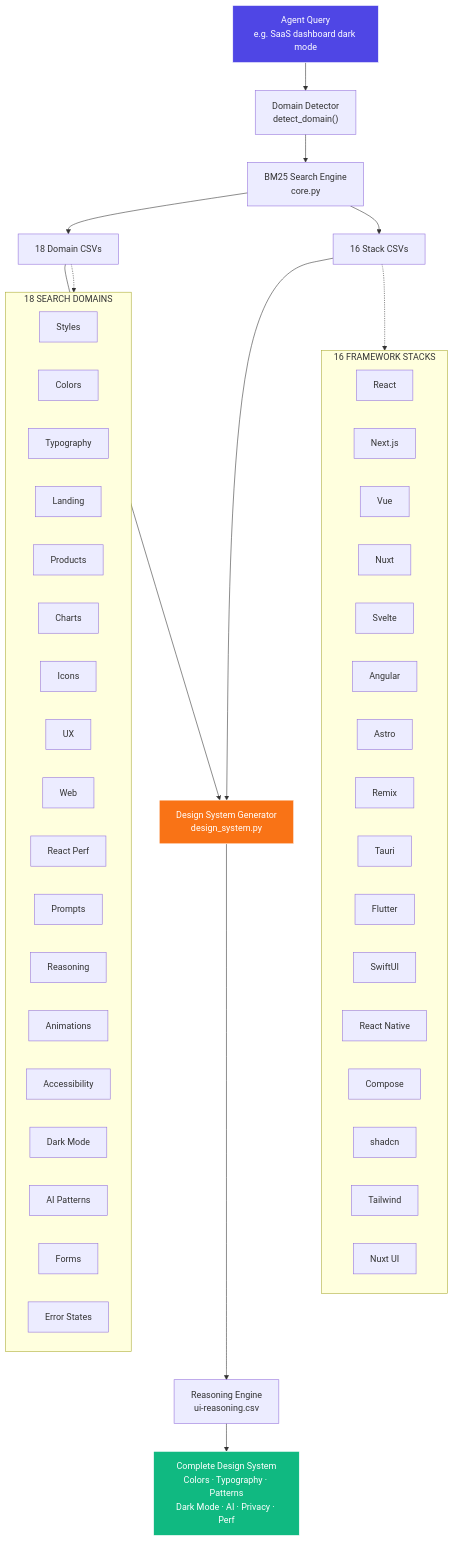
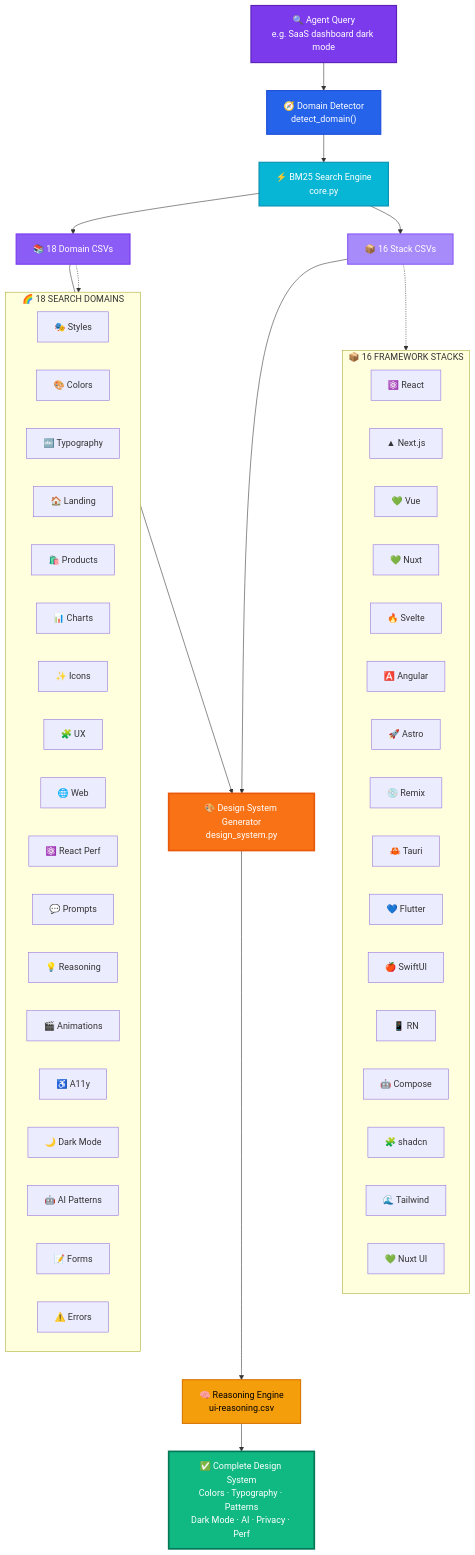
Before and after one commit to Ab-aswini/Agent-kit-P1: the third of 7 diagrams in README.md, drawn with Mermaid. The commit also changed other lines of this file, not shown here.

Commit message:
docs: candy-style README with vibrant Mermaid diagrams, UI&UX branding, enhanced install section

````diff
--- a/README.md
+++ b/README.md
@@ -190,66 +227,71 @@
 ```mermaid
 %%{init: {'theme': 'default'}}%%
 
 flowchart TD
-  Q["Agent Query<br/>e.g. SaaS dashboard dark mode"] --> DD["Domain Detector<br/>detect_domain()"]
+  Q["🔍 Agent Query<br/>e.g. SaaS dashboard dark mode"] --> DD["🧭 Domain Detector<br/>detect_domain()"]
 
-  DD --> BM["BM25 Search Engine<br/>core.py"]
+  DD --> BM["⚡ BM25 Search Engine<br/>core.py"]
 
-  BM --> D1["18 Domain CSVs"]
-  BM --> D2["16 Stack CSVs"]
+  BM --> D1["📚 18 Domain CSVs"]
+  BM --> D2["📦 16 Stack CSVs"]
 
-  D1 --> DSG["Design System Generator<br/>design_system.py"]
+  D1 --> DSG["🎨 Design System Generator<br/>design_system.py"]
   D2 --> DSG
 
-  DSG --> R["Reasoning Engine<br/>ui-reasoning.csv"]
-  R --> OUT["Complete Design System<br/>Colors · Typography · Patterns<br/>Dark Mode · AI · Privacy · Perf"]
+  DSG --> R["🧠 Reasoning Engine<br/>ui-reasoning.csv"]
+  R --> OUT["✅ Complete Design System<br/>Colors · Typography · Patterns<br/>Dark Mode · AI · Privacy · Perf"]
 
-  subgraph DOMAINS["18 SEARCH DOMAINS"]
+  subgraph DOMAINS["🌈 18 SEARCH DOMAINS"]
     direction LR
-    d_style["Styles"]
-    d_color["Colors"]
-    d_typo["Typography"]
-    d_land["Landing"]
-    d_prod["Products"]
-    d_chart["Charts"]
-    d_icon["Icons"]
-    d_ux["UX"]
-    d_web["Web"]
-    d_react["React Perf"]
-    d_prompt["Prompts"]
-    d_reason["Reasoning"]
-    d_anim["Animations"]
-    d_a11y["Accessibility"]
-    d_dark["Dark Mode"]
-    d_ai["AI Patterns"]
-    d_form["Forms"]
-    d_err["Error States"]
+    d_style["🎭 Styles"]
+    d_color["🎨 Colors"]
+    d_typo["🔤 Typography"]
+    d_land["🏠 Landing"]
+    d_prod["🛍️ Products"]
+    d_chart["📊 Charts"]
+    d_icon["✨ Icons"]
+    d_ux["🧩 UX"]
+    d_web["🌐 Web"]
+    d_react["⚛️ React Perf"]
+    d_prompt["💬 Prompts"]
+    d_reason["💡 Reasoning"]
+    d_anim["🎬 Animations"]
+    d_a11y["♿ A11y"]
+    d_dark["🌙 Dark Mode"]
+    d_ai["🤖 AI Patterns"]
+    d_form["📝 Forms"]
+    d_err["⚠️ Errors"]
   end
 
-  subgraph STACKS["16 FRAMEWORK STACKS"]
+  subgraph STACKS["📦 16 FRAMEWORK STACKS"]
     direction LR
-    s1["React"]
-    s2["Next.js"]
-    s3["Vue"]
-    s4["Nuxt"]
-    s5["Svelte"]
-    s6["Angular"]
-    s7["Astro"]
-    s8["Remix"]
-    s9["Tauri"]
-    s10["Flutter"]
-    s11["SwiftUI"]
-    s12["React Native"]
-    s13["Compose"]
-    s14["shadcn"]
-    s15["Tailwind"]
-    s16["Nuxt UI"]
+    s1["⚛️ React"]
+    s2["▲ Next.js"]
+    s3["💚 Vue"]
+    s4["💚 Nuxt"]
+    s5["🔥 Svelte"]
+    s6["🅰️ Angular"]
+    s7["🚀 Astro"]
+    s8["💿 Remix"]
+    s9["🦀 Tauri"]
+    s10["💙 Flutter"]
+    s11["🍎 SwiftUI"]
+    s12["📱 RN"]
+    s13["🤖 Compose"]
+    s14["🧩 shadcn"]
+    s15["🌊 Tailwind"]
+    s16["💚 Nuxt UI"]
   end
 
   D1 -.-> DOMAINS
   D2 -.-> STACKS
 
-  style Q fill:#4F46E5,stroke:#fff,color:#fff
-  style OUT fill:#10B981,stroke:#fff,color:#fff
-  style DSG fill:#F97316,stroke:#fff,color:#fff
+  style Q fill:#7C3AED,stroke:#5B21B6,stroke-width:2px,color:#fff
+  style DD fill:#2563EB,stroke:#1D4ED8,stroke-width:2px,color:#fff
+  style BM fill:#06B6D4,stroke:#0891B2,stroke-width:2px,color:#fff
+  style D1 fill:#8B5CF6,stroke:#7C3AED,stroke-width:2px,color:#fff
+  style D2 fill:#A78BFA,stroke:#8B5CF6,stroke-width:2px,color:#fff
+  style DSG fill:#F97316,stroke:#EA580C,stroke-width:3px,color:#fff
+  style R fill:#F59E0B,stroke:#D97706,stroke-width:2px,color:#000
+  style OUT fill:#10B981,stroke:#047857,stroke-width:3px,color:#fff
 ```
````
